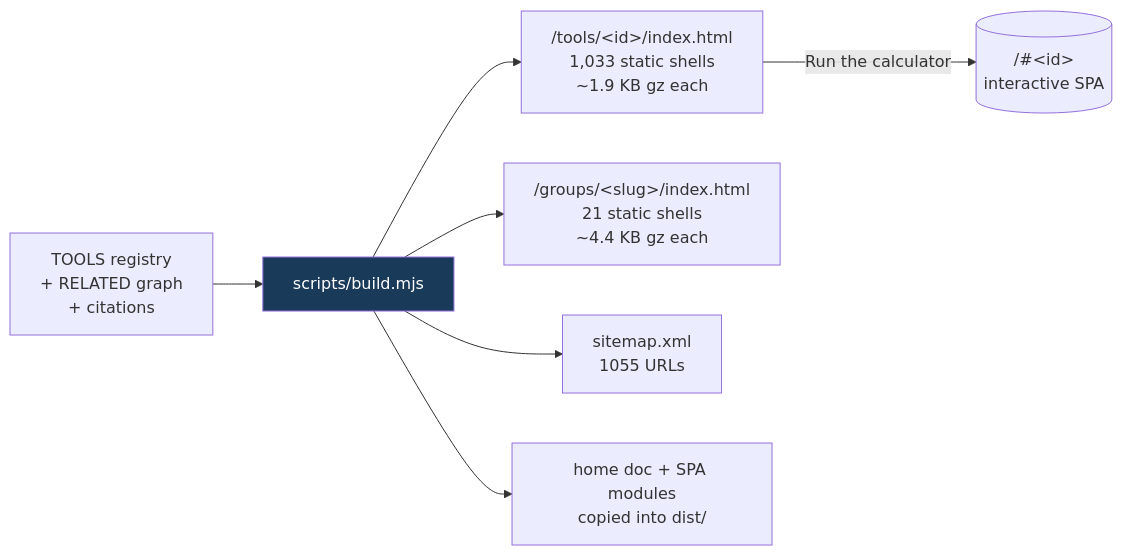
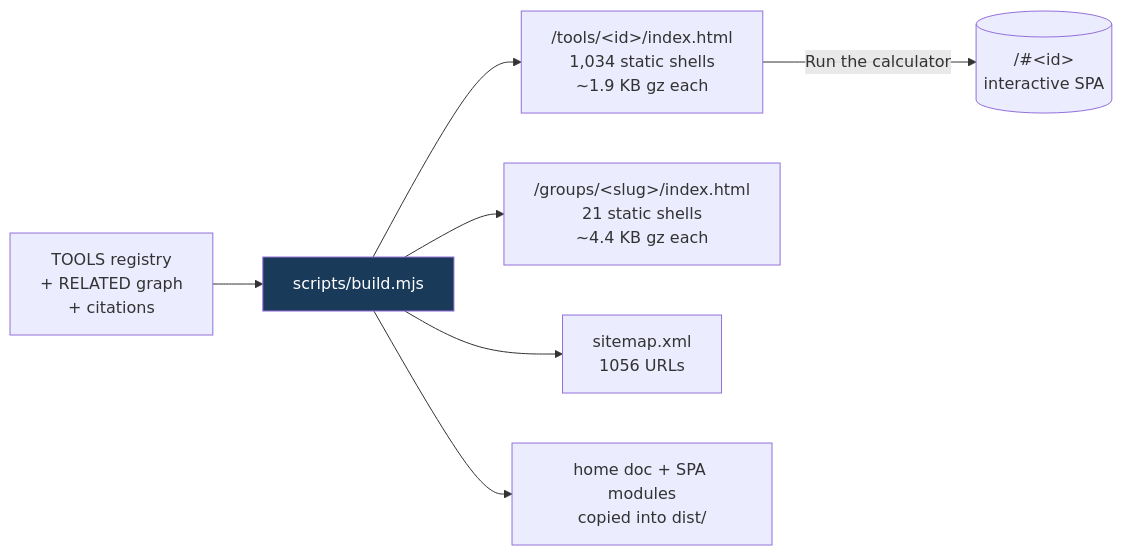
The fifth of 8 diagrams in README.md (clay-good/roughlogic.com), drawn with Mermaid before and after one commit. The commit also changed other lines of this file and 15 other files, not shown here.

````diff
--- a/README.md
+++ b/README.md
@@ -495,10 +495,10 @@
 ```mermaid
 flowchart LR
     SRC[TOOLS registry\n+ RELATED graph\n+ citations] --> BUILD[scripts/build.mjs]
-    BUILD --> TILE["/tools/&lt;id&gt;/index.html\n1,033 static shells\n~1.9 KB gz each"]
+    BUILD --> TILE["/tools/&lt;id&gt;/index.html\n1,034 static shells\n~1.9 KB gz each"]
     BUILD --> GROUP["/groups/&lt;slug&gt;/index.html\n21 static shells\n~4.4 KB gz each"]
-    BUILD --> MAP["sitemap.xml\n1055 URLs"]
+    BUILD --> MAP["sitemap.xml\n1056 URLs"]
     BUILD --> COPY[home doc + SPA modules\ncopied into dist/]
     TILE -->|Run the calculator| SPA[("/#&lt;id&gt;\ninteractive SPA")]
     style BUILD fill:#1a3a5a,color:#fff
 ```
````
